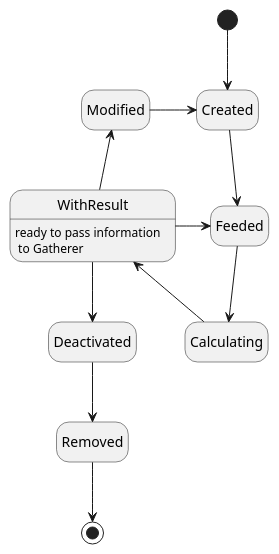
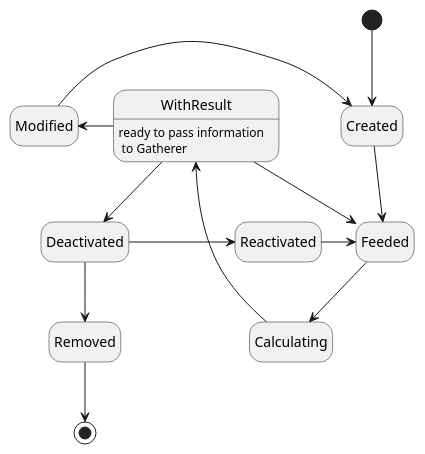
One commit to R-tooR/tradebot-game-concept changed the diagram in states-of-aggregates/Strategy.puml. Above: the diagram before and after it, drawn with PlantUML. The commit also changed 2 other files, not shown here.

Commit message:
Sequence diagram for calculating technical analysis result

```diff
--- a/states-of-aggregates/Strategy.puml
+++ b/states-of-aggregates/Strategy.puml
@@ -1,16 +1,18 @@
 @startuml
 'https://plantuml.com/state-diagram
 hide empty description
 
 [*] --> Created
 Created --> Feeded
 Feeded --> Calculating
 Calculating --> WithResult
 WithResult --> Deactivated
 Modified <-- WithResult
 Modified -> Created
 WithResult -> Feeded
 Deactivated --> Removed
+Deactivated -> Reactivated
+Reactivated -> Feeded
 Removed --> [*]
 WithResult : ready to pass information\n to Gatherer
 @enduml
```
